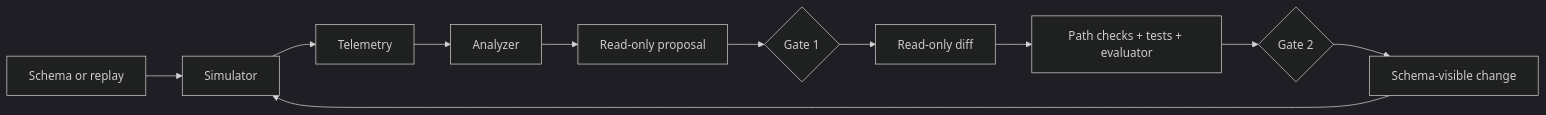
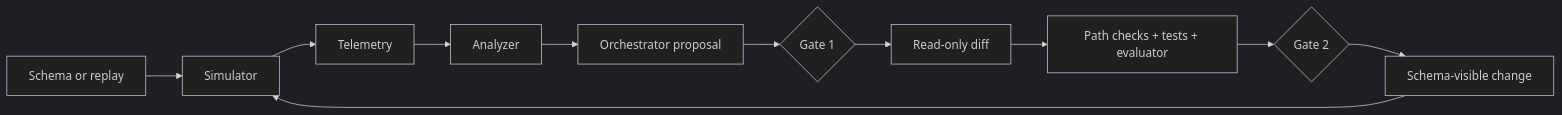
The diagram in README.md (rsitaniya/dev-flywheel), drawn with Mermaid (dark theme) before and after one commit. The commit also changed other lines of this file and 38 other files, not shown here.

````diff
--- a/README.md
+++ b/README.md
@@ -65,13 +66,13 @@
 ```mermaid
 flowchart LR
     A[Schema or replay] --> B[Simulator]
     B --> C[Telemetry]
     C --> D[Analyzer]
-    D --> E[Read-only proposal]
+    D --> E[Orchestrator proposal]
     E --> F{Gate 1}
     F --> G[Read-only diff]
     G --> H[Path checks + tests + evaluator]
     H --> I{Gate 2}
     I --> J[Schema-visible change]
     J --> B
 ```
````
